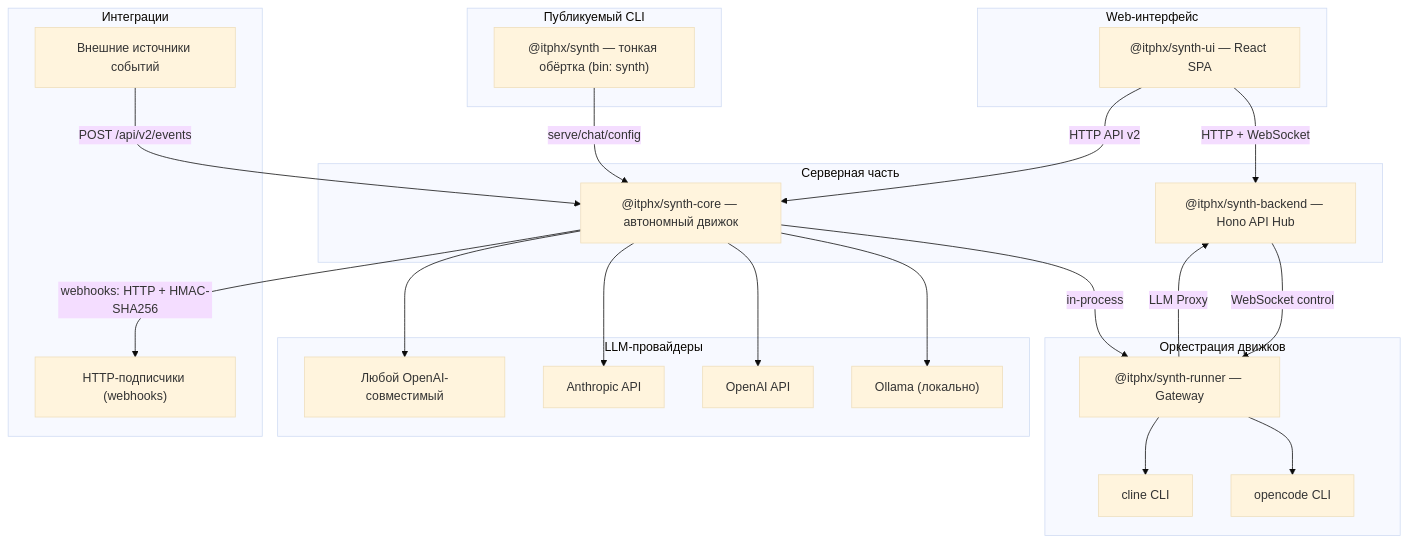
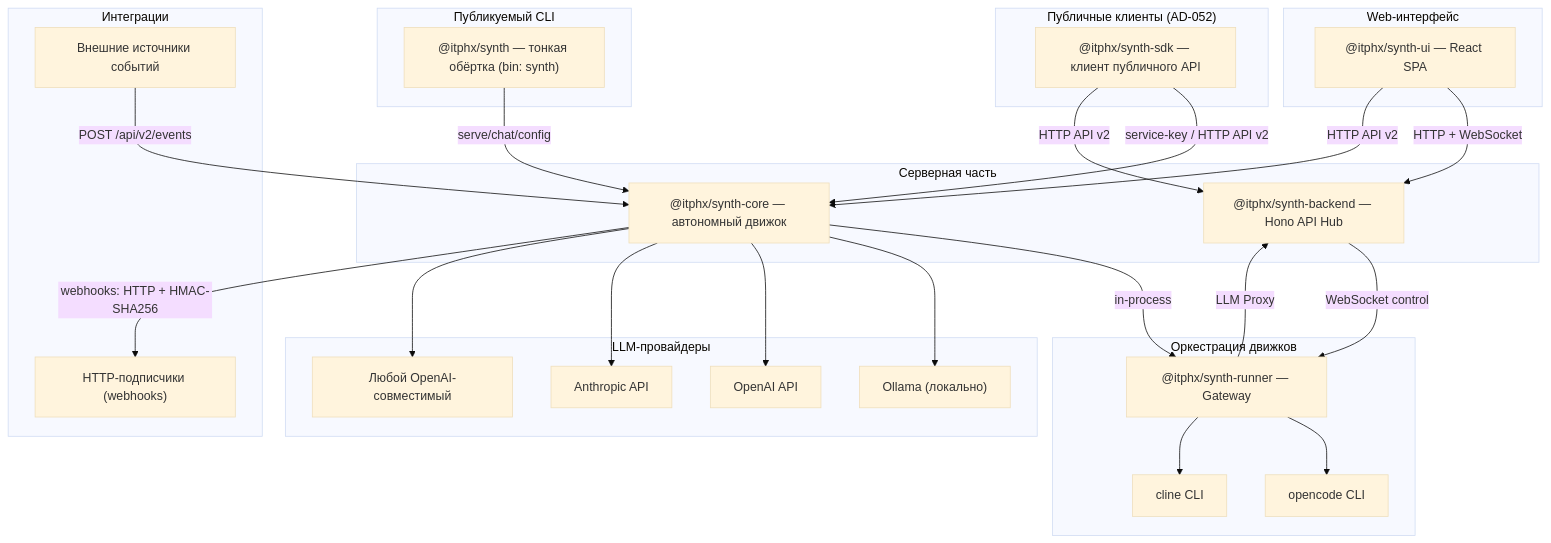
The first of 2 diagrams in docs/ARCHITECTURE.md (itphx/synth), drawn with Mermaid (base theme) before and after one commit. The commit also changed other lines of this file and 6 other files, not shown here.

Commit message:
docs(ad-052): этап III — public-OpenAPI и SDK (AD-052, API_V2, ARCHITECTURE, скилл build-publish)

````diff
--- a/docs/ARCHITECTURE.md
+++ b/docs/ARCHITECTURE.md
@@ -22,53 +27,60 @@
 ```mermaid
 flowchart TB
     subgraph UI["Web-интерфейс"]
         synth_ui["@itphx/synth-ui — React SPA"]
     end
 
     subgraph Server["Серверная часть"]
         synth_backend["@itphx/synth-backend — Hono API Hub"]
         synth_core["@itphx/synth-core — автономный движок"]
     end
 
     subgraph Runner["Оркестрация движков"]
         synth_runner["@itphx/synth-runner — Gateway"]
         opencode["opencode CLI"]
         cline["cline CLI"]
     end
 
     subgraph CLI["Публикуемый CLI"]
         synth_cli["@itphx/synth — тонкая обёртка (bin: synth)"]
     end
 
     subgraph LLM["LLM-провайдеры"]
         ollama["Ollama (локально)"]
         openai["OpenAI API"]
         anthropic["Anthropic API"]
         providers["Любой OpenAI-совместимый"]
     end
 
+    subgraph PublicClients["Публичные клиенты (AD-052)"]
+        synth_sdk["@itphx/synth-sdk — клиент публичного API"]
+    end
+
     subgraph Integrations["Интеграции"]
         event_sources["Внешние источники событий"]
         webhook_targets["HTTP-подписчики (webhooks)"]
     end
 
     synth_ui -->|HTTP + WebSocket| synth_backend
     synth_ui -->|HTTP API v2| synth_core
 
     synth_cli -->|serve/chat/config| synth_core
 
     synth_backend -->|WebSocket control| synth_runner
     synth_core -->|in-process| synth_runner
 
     synth_runner --> opencode
     synth_runner --> cline
     synth_runner -->|LLM Proxy| synth_backend
 
     synth_core --> ollama
     synth_core --> openai
     synth_core --> anthropic
     synth_core --> providers
 
     event_sources -->|POST /api/v2/events| synth_core
     synth_core -->|webhooks: HTTP + HMAC-SHA256| webhook_targets
+
+    synth_sdk -->|service-key / HTTP API v2| synth_core
+    synth_sdk -->|HTTP API v2| synth_backend
 ```
````
